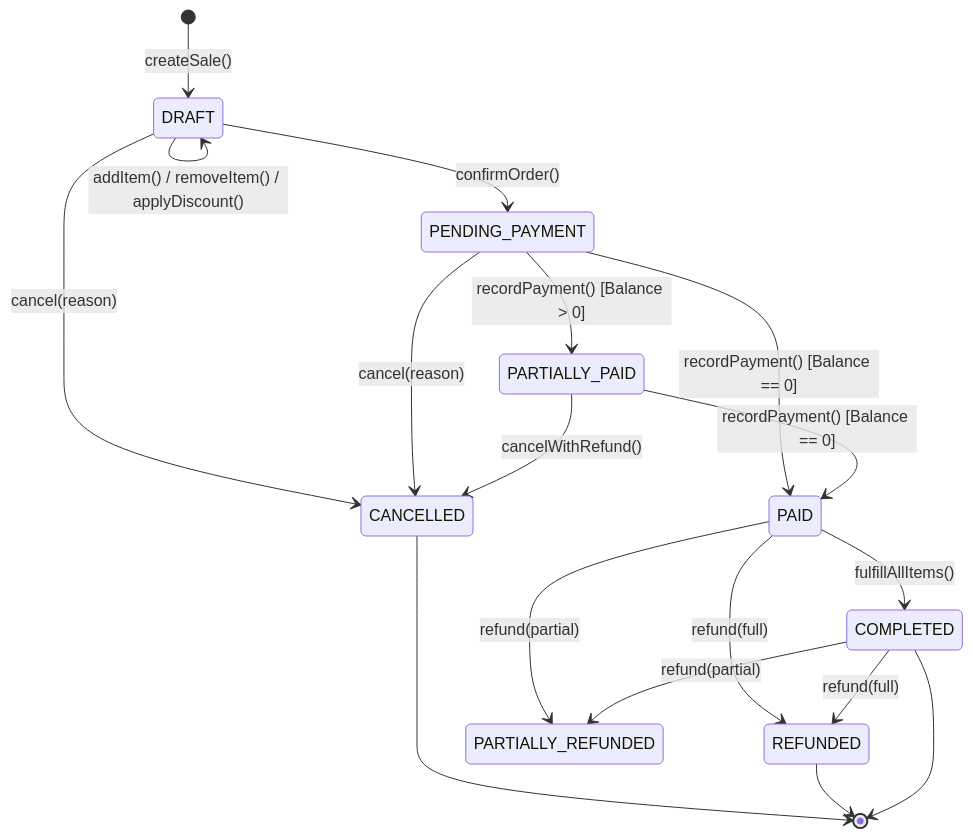
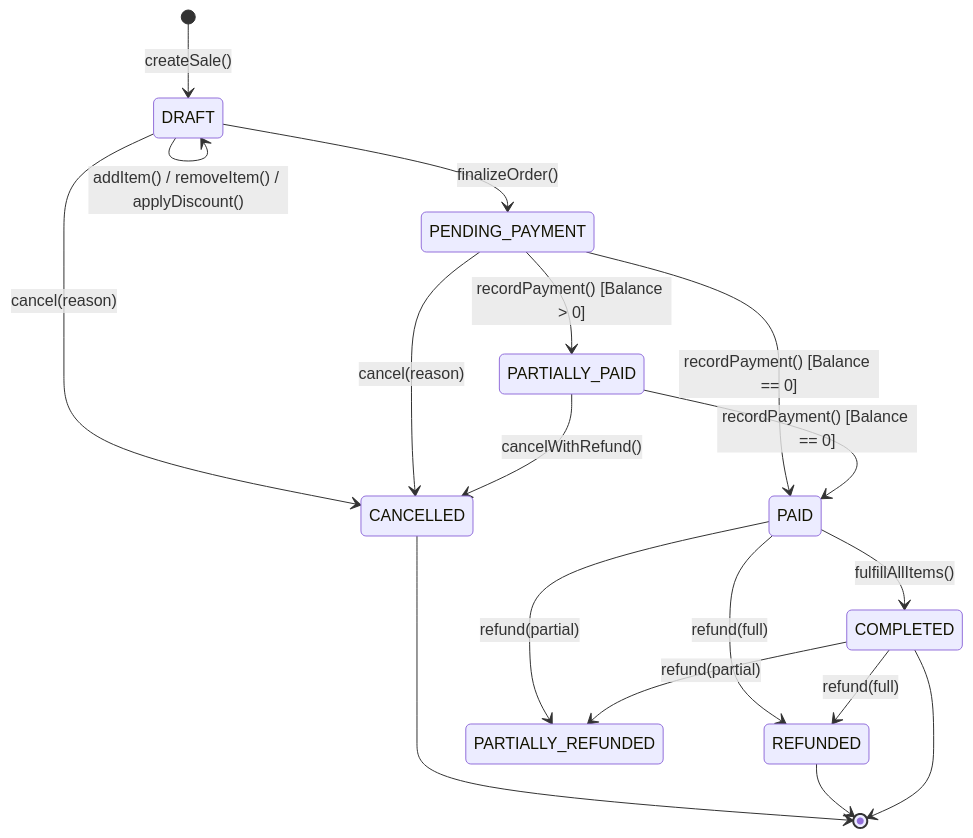
One commit to izzydin/kinergy-platform changed the second of 4 diagrams in docs/domain/sales-payments.md. Above: the diagram before and after it, drawn with Mermaid. The commit also changed other lines of this file and 2 other files, not shown here.

Commit message:
docs(sales): define payment lifecycle and ADR-0109

````diff
--- a/docs/domain/sales-payments.md
+++ b/docs/domain/sales-payments.md
@@ -403,26 +419,26 @@
 ```mermaid
 stateDiagram-v2
     [*] --> DRAFT : createSale()
 
     DRAFT --> DRAFT : addItem() / removeItem() / applyDiscount()
     DRAFT --> CANCELLED : cancel(reason)
-    DRAFT --> PENDING_PAYMENT : confirmOrder()
+    DRAFT --> PENDING_PAYMENT : finalizeOrder()
 
     PENDING_PAYMENT --> PAID : recordPayment() [Balance == 0]
     PENDING_PAYMENT --> PARTIALLY_PAID : recordPayment() [Balance > 0]
     PENDING_PAYMENT --> CANCELLED : cancel(reason)
 
     PARTIALLY_PAID --> PAID : recordPayment() [Balance == 0]
     PARTIALLY_PAID --> CANCELLED : cancelWithRefund()
 
     PAID --> COMPLETED : fulfillAllItems()
     PAID --> REFUNDED : refund(full)
     PAID --> PARTIALLY_REFUNDED : refund(partial)
 
     COMPLETED --> REFUNDED : refund(full)
     COMPLETED --> PARTIALLY_REFUNDED : refund(partial)
 
     CANCELLED --> [*]
     REFUNDED --> [*]
     COMPLETED --> [*]
 ```
````
